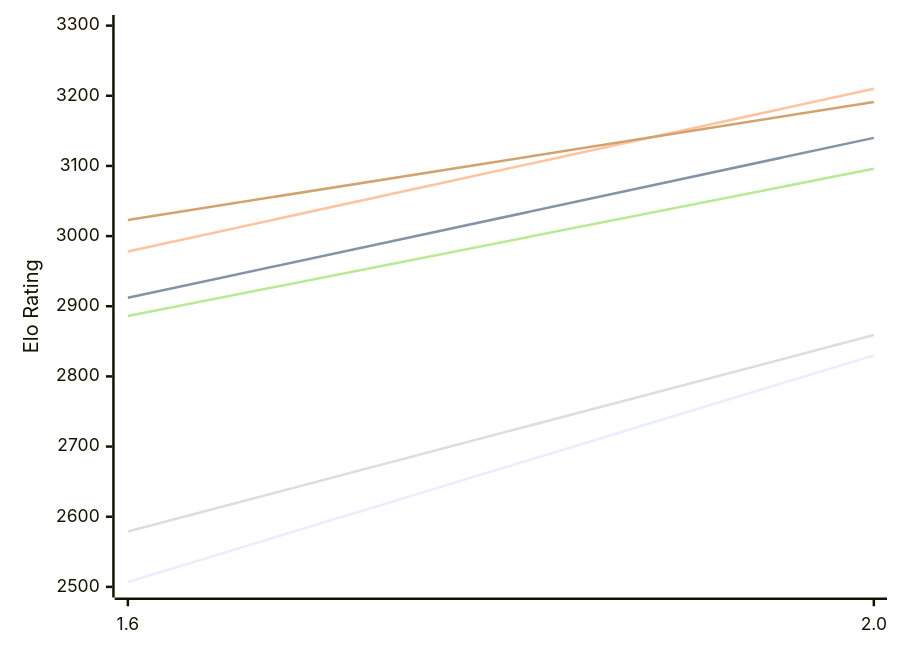
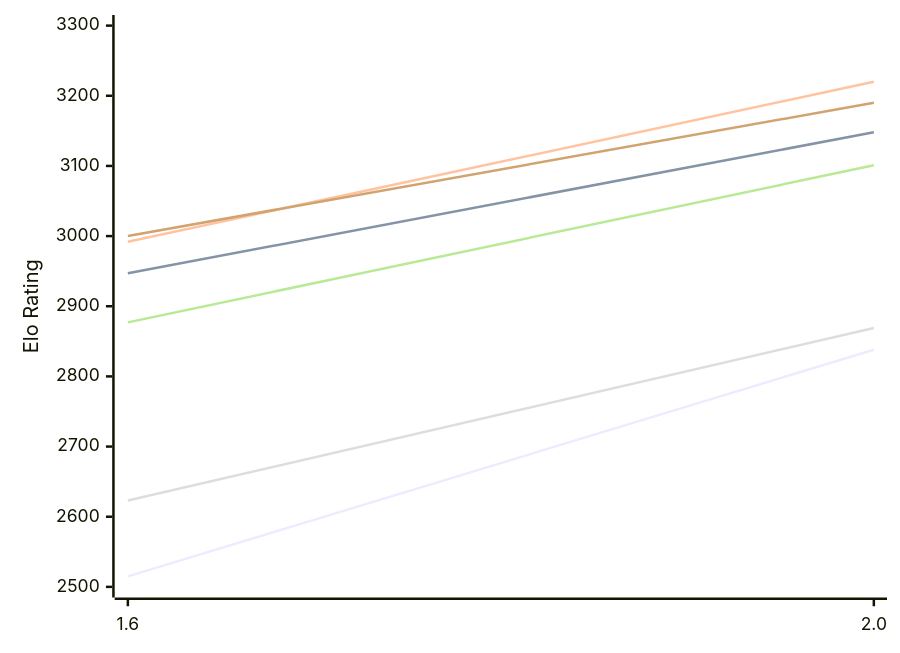
Before and after one commit to computer-chess-index/cci: the first of 2 diagrams in engines/Onyx.md, drawn with Mermaid. The commit also changed other lines of this file, not shown here.

Commit message:
Update CCI Ratings (ELO VLTC) - 2026-11-16

````diff
--- a/engines/Onyx.md
+++ b/engines/Onyx.md
@@ -50,12 +50,12 @@
 ```mermaid
 %%{init: {"theme":"base","themeVariables":{"seriesColors:['#a3a3a3','#222221','#faa371']}}}%%
 xychart-beta
   x-axis ["1.6", "2.0"]
   y-axis "Elo Rating" 2500 --> 3300
-  line "E1: STC (8.0+0.08s)" [2507, 2830]
-  line "E1: LTC (60.0+0.60s)" [2912, 3140]
-  line "E1: VLTC (2m24s+1.12s)" [2978, 3210]
-  line "P1: STC (8.0+0.08s)" [2579, 2859]
-  line "P1: LTC (60.0+0.60s)" [2886, 3096]
-  line "P1: VLTC (2m24s+1.12s)" [3023, 3191]
+  line "E1: STC (8.0+0.08s)" [2515, 2838]
+  line "E1: LTC (60.0+0.60s)" [2947, 3148]
+  line "E1: VLTC (2m24s+1.12s)" [2992, 3220]
+  line "P1: STC (8.0+0.08s)" [2623, 2869]
+  line "P1: LTC (60.0+0.60s)" [2877, 3101]
+  line "P1: VLTC (2m24s+1.12s)" [3000, 3190]
 ```
````
